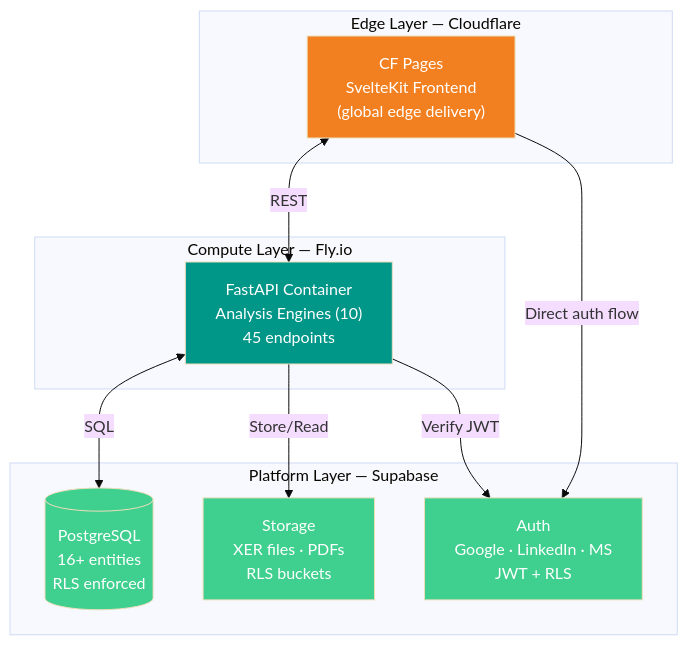
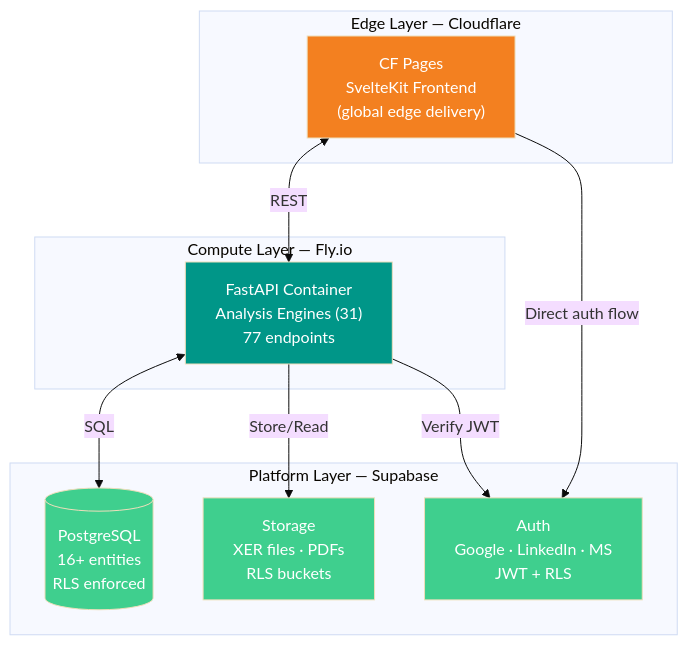
One commit to VitorMRodovalho/meridianiq changed the first of 2 diagrams in README.md. Above: the diagram before and after it, drawn with Mermaid (base theme). The commit also changed other lines of this file, not shown here.

Commit message:
docs: update README — 39 pages, 10 charts, 15 new capabilities, architecture stats

````diff
--- a/README.md
+++ b/README.md
@@ -73,28 +86,28 @@
 ```mermaid
 graph TB
     subgraph "Edge Layer — Cloudflare"
         CF_PAGES["CF Pages<br/>SvelteKit Frontend<br/>(global edge delivery)"]
     end
 
     subgraph "Compute Layer — Fly.io"
-        FASTAPI["FastAPI Container<br/>Analysis Engines (10)<br/>45 endpoints"]
+        FASTAPI["FastAPI Container<br/>Analysis Engines (31)<br/>77 endpoints"]
     end
 
     subgraph "Platform Layer — Supabase"
         AUTH["Auth<br/>Google · LinkedIn · MS<br/>JWT + RLS"]
         DB[("PostgreSQL<br/>16+ entities<br/>RLS enforced")]
         STORAGE["Storage<br/>XER files · PDFs<br/>RLS buckets"]
     end
 
     CF_PAGES <-->|"REST"| FASTAPI
     FASTAPI <-->|"SQL"| DB
     FASTAPI -->|"Store/Read"| STORAGE
     FASTAPI -->|"Verify JWT"| AUTH
     CF_PAGES -->|"Direct auth flow"| AUTH
 
     style CF_PAGES fill:#F38020,color:#fff
     style FASTAPI fill:#009688,color:#fff
     style DB fill:#3FCF8E,color:#fff
     style AUTH fill:#3FCF8E,color:#fff
     style STORAGE fill:#3FCF8E,color:#fff
 ```
````
